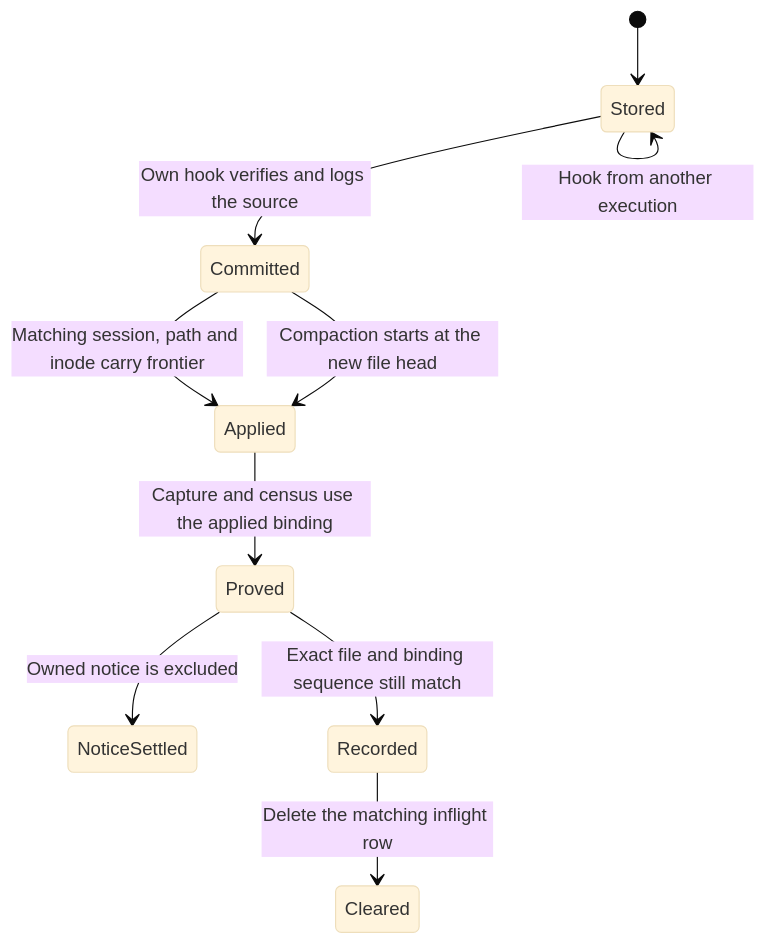
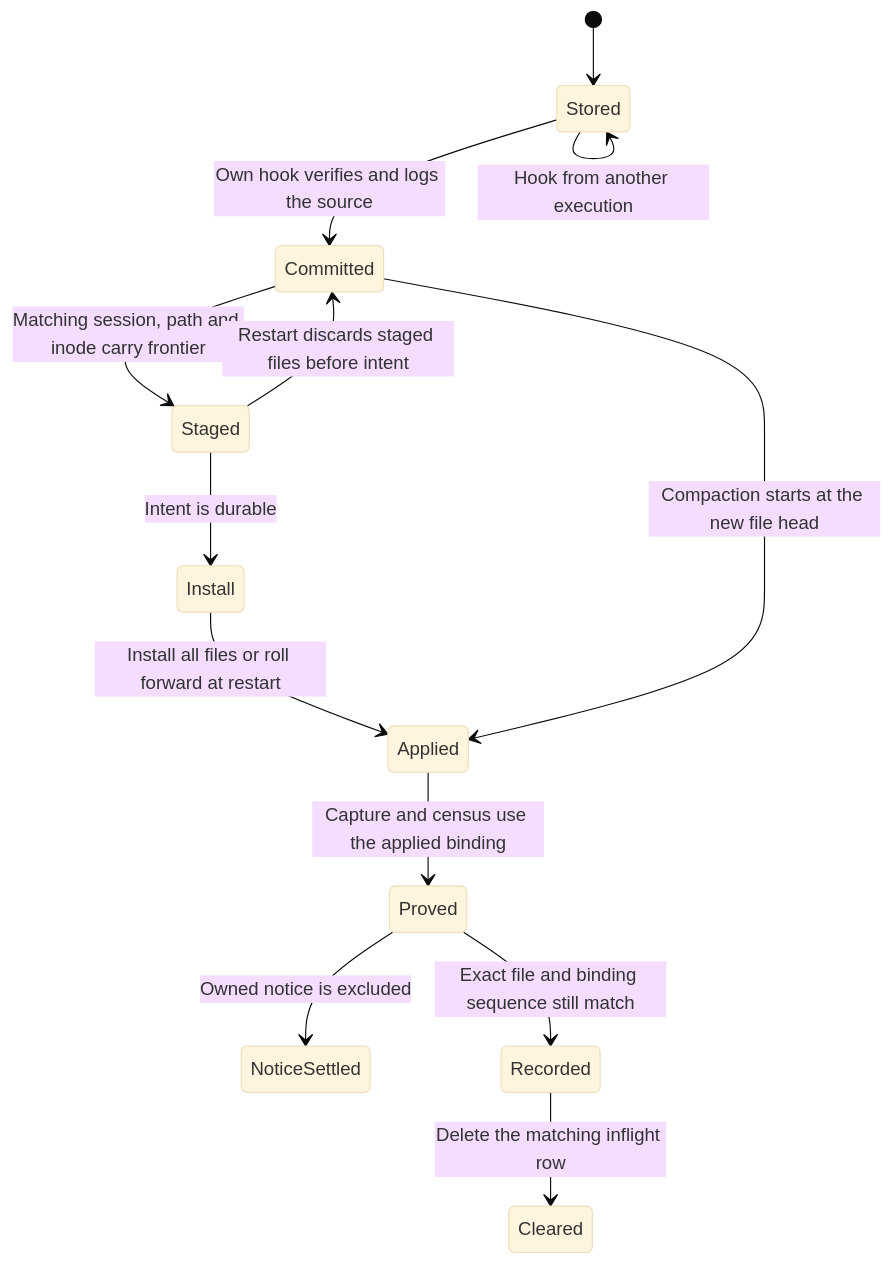
One commit to itismyfield/AgentDesk changed the diagram in docs/statecharts/tui-o-writer/hook-transcript-refresh.report.md. Above: the diagram before and after it, drawn with Mermaid (base theme). The commit also changed other lines of this file and 28 other files, not shown here.

````diff
--- a/docs/statecharts/tui-o-writer/hook-transcript-refresh.report.md
+++ b/docs/statecharts/tui-o-writer/hook-transcript-refresh.report.md
@@ -10,12 +10,15 @@
 ```mermaid
 stateDiagram-v2
     [*] --> Stored
     Stored --> Stored: Hook from another execution
     Stored --> Committed: Own hook verifies and logs the source
-    Committed --> Applied: Matching session, path and inode carry frontier
+    Committed --> Staged: Matching session, path and inode carry frontier
+    Staged --> Committed: Restart discards staged files before intent
+    Staged --> Install: Intent is durable
+    Install --> Applied: Install all files or roll forward at restart
     Committed --> Applied: Compaction starts at the new file head
     Applied --> Proved: Capture and census use the applied binding
     Proved --> NoticeSettled: Owned notice is excluded
     Proved --> Recorded: Exact file and binding sequence still match
     Recorded --> Cleared: Delete the matching inflight row
 ```
````
